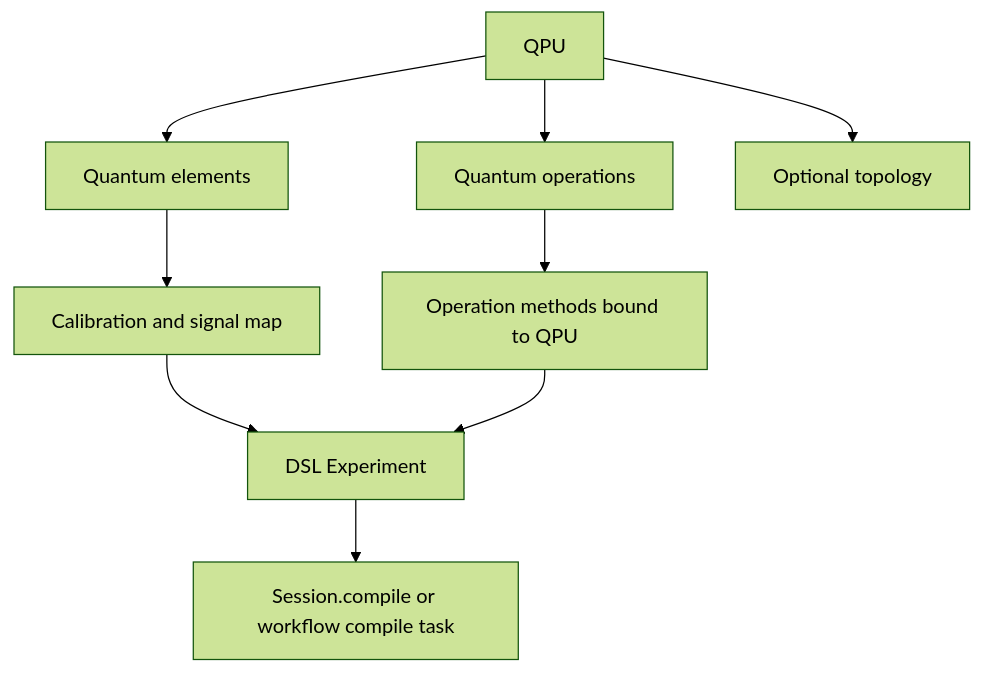
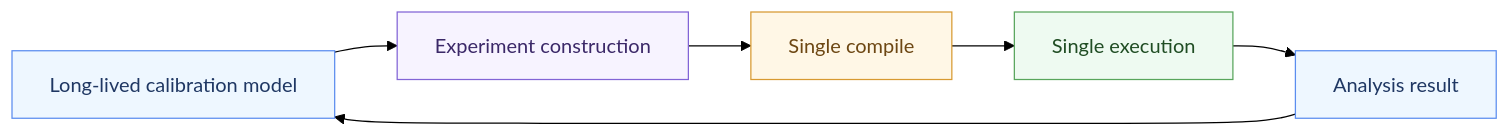
The third of 3 diagrams in docs/17-quantum-objects-and-workflows.md (brianzi/laboneq-devguide), drawn with Mermaid (forest theme) before and after one commit. The commit also changed other lines of this file and 8 other files, not shown here.

````diff
--- a/docs/17-quantum-objects-and-workflows.md
+++ b/docs/17-quantum-objects-and-workflows.md
@@ -45,11 +67,19 @@
 ```mermaid
-graph TD
-    A[QPU] --> B[Quantum elements]
-    A --> C[Quantum operations]
-    A --> D[Optional topology]
-    B --> E[Calibration and signal map]
-    C --> F[Operation methods bound to QPU]
-    E --> G[DSL Experiment]
-    F --> G
-    G --> H[Session.compile or workflow compile task]
+graph LR
+    A[Long-lived calibration model] --> B[Experiment construction]
+    B --> C[Single compile]
+    C --> D[Single execution]
+    D --> E[Analysis result]
+    E --> A
+
+    A:::slow
+    B:::build
+    C:::compile
+    D:::run
+    E:::slow
+
+    classDef slow fill:#eef7ff,stroke:#5b8def,color:#1f3763
+    classDef build fill:#f7f3ff,stroke:#8264d6,color:#3b2868
+    classDef compile fill:#fff7e6,stroke:#d89a32,color:#6d4713
+    classDef run fill:#eefaf1,stroke:#58a55c,color:#204d24
 ```
````
